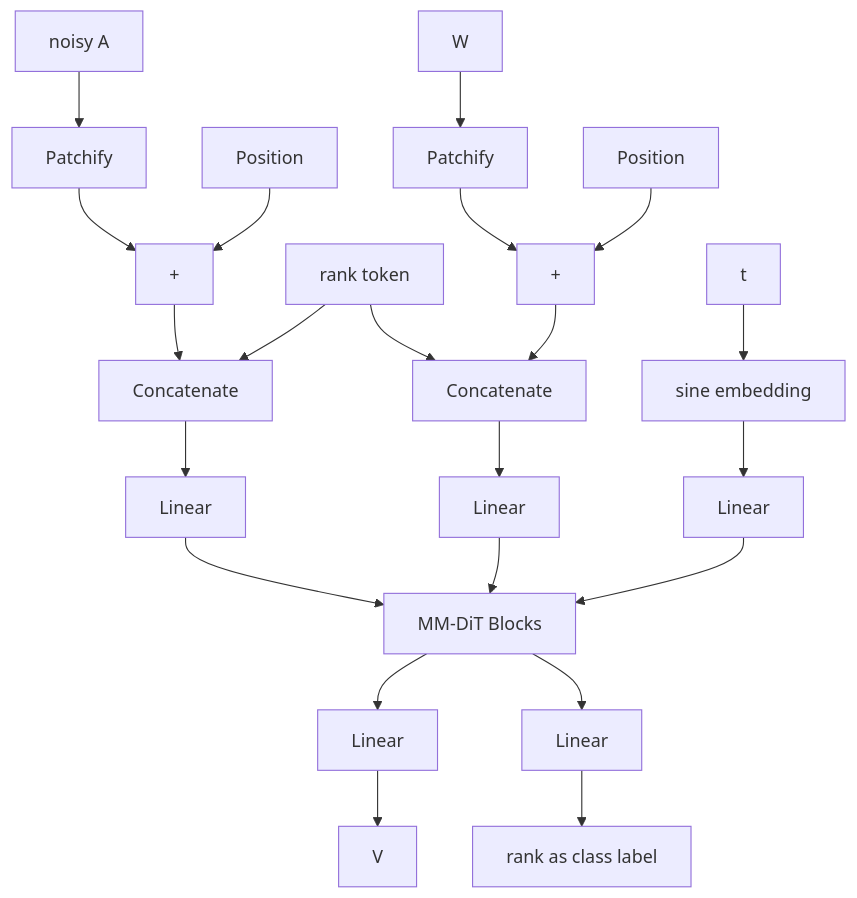
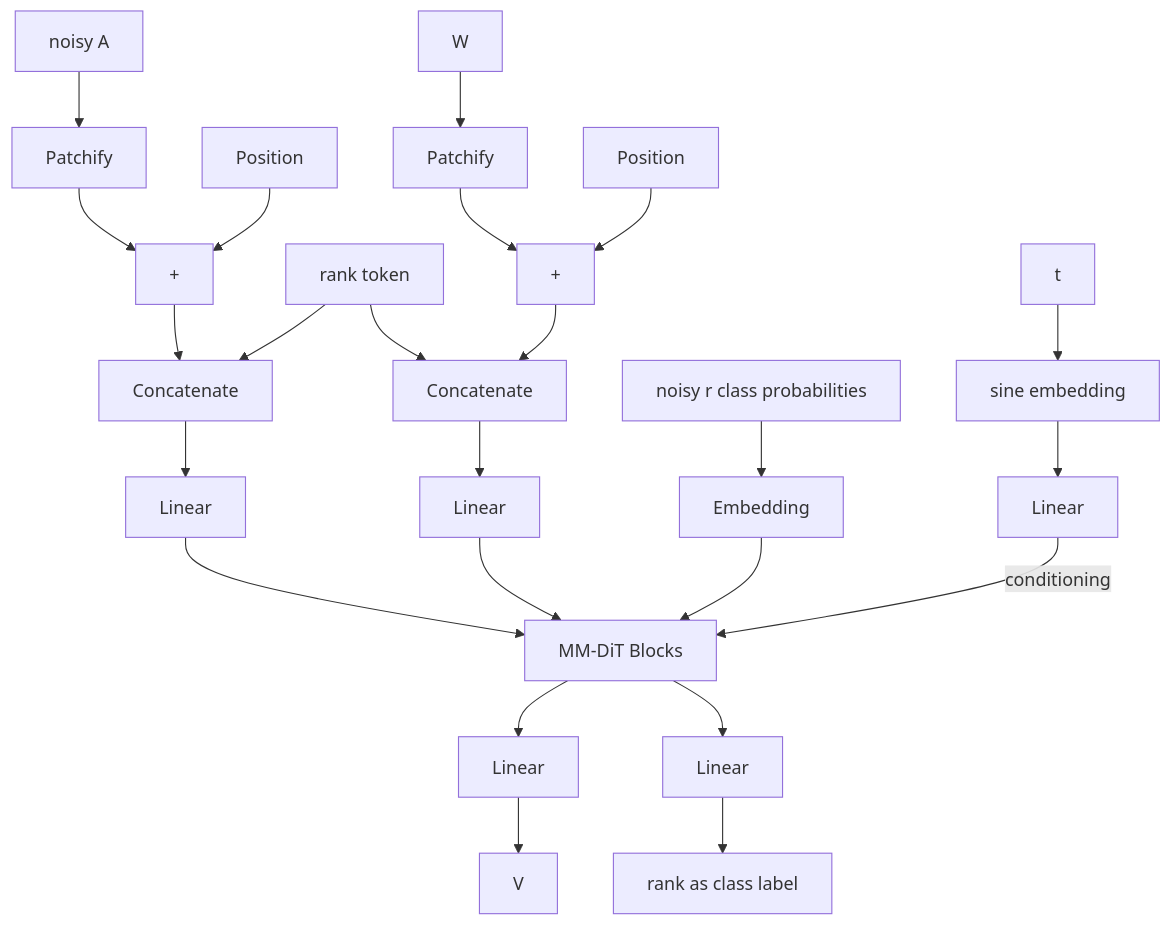
One commit to NielsPichon/nielspichon.github.io changed the diagram in src/content/posts/rank-denoising.md. Above: the diagram before and after it, drawn with Mermaid. The commit also changed other lines of this file, not shown here.

Commit message:
small correction to the noisy rank architecture

````diff
--- a/src/content/posts/rank-denoising.md
+++ b/src/content/posts/rank-denoising.md
@@ -114,26 +122,29 @@
 ```mermaid
 flowchart TD
     A2[noisy A] --> B2[Patchify]
     B2 --> C2[+]
     D2[Position] --> C2
     F[rank token] --> H[Concatenate]
     C2 --> H
     H --> HH[Linear]
 
     A3[W] --> B3[Patchify]
     B3 --> C3[+]
     D3[Position] --> C3
     F --> H4[Concatenate]
     C3 --> H4
     H4 --> H5[Linear]
-
+    R[noisy r class probabilities] --> RE[Embedding]
     HH --> I[MM-DiT Blocks]
     H5 --> I
+    RE --> I
+
     T[t] --> U[sine embedding]
     U --> V[Linear]
-    V --> I
+    V -->|conditioning| I
+
     I --> J[Linear]
     J --> K[V]
     I --> L[Linear]
     L --> M[rank as class label]
 ```
````
